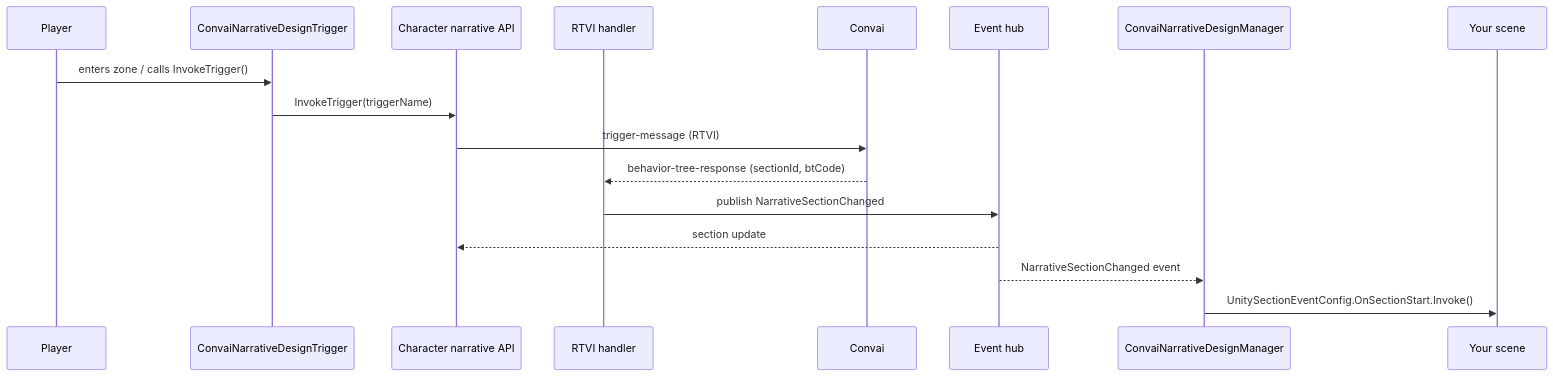
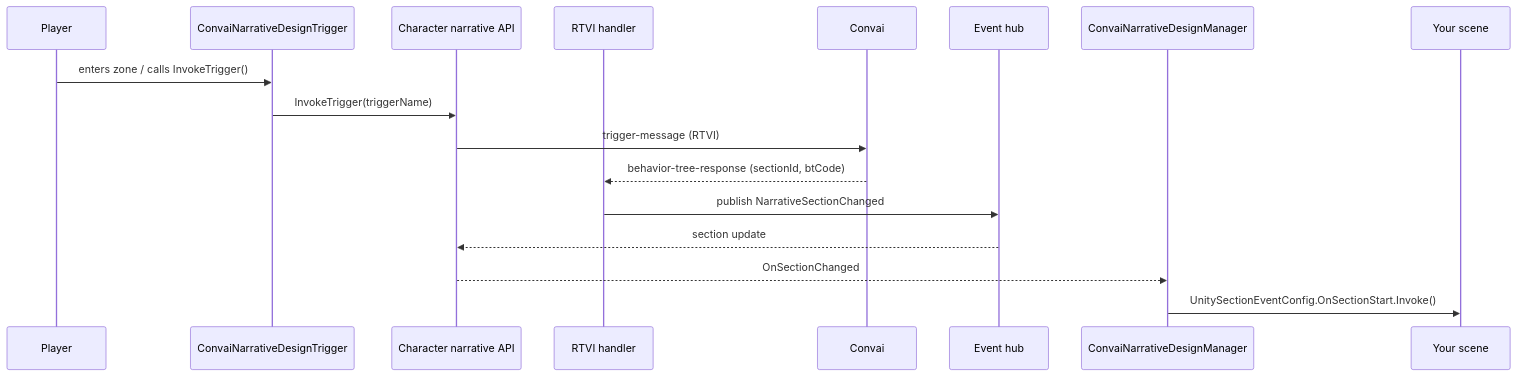
Before and after one commit to Conv-AI/Convai-Documentation: the diagram in plugins-and-integrations/convai-unity-sdk/features/narrative-design/how-narrative-design-works.md, drawn with Mermaid. The commit also changed other lines of this file and 237 other files, not shown here.

````diff
--- a/plugins-and-integrations/convai-unity-sdk/features/narrative-design/how-narrative-design-works.md
+++ b/plugins-and-integrations/convai-unity-sdk/features/narrative-design/how-narrative-design-works.md
@@ -13,20 +13,20 @@
 ```mermaid
 sequenceDiagram
     participant Player
     participant Trigger as ConvaiNarrativeDesignTrigger
     participant Char as Character narrative API
     participant Handler as RTVI handler
     participant Backend as Convai
     participant Hub as Event hub
     participant Manager as ConvaiNarrativeDesignManager
     participant Scene as Your scene
 
     Player->>Trigger: enters zone / calls InvokeTrigger()
     Trigger->>Char: InvokeTrigger(triggerName)
     Char->>Backend: trigger-message (RTVI)
     Backend-->>Handler: behavior-tree-response (sectionId, btCode)
     Handler->>Hub: publish NarrativeSectionChanged
     Hub-->>Char: section update
-    Hub-->>Manager: NarrativeSectionChanged event
+    Char-->>Manager: OnSectionChanged
     Manager->>Scene: UnitySectionEventConfig.OnSectionStart.Invoke()
 ```
````
